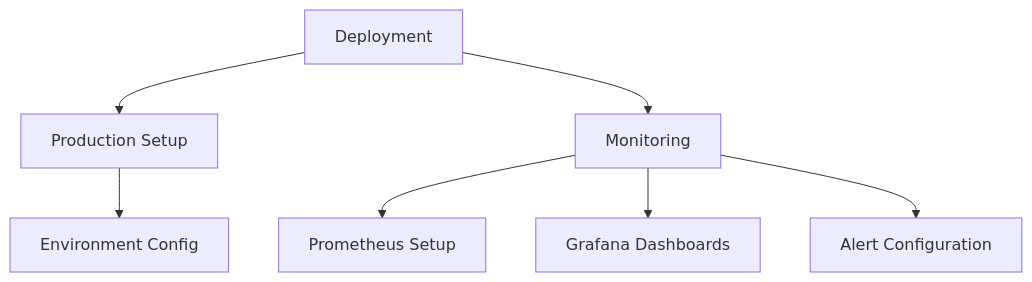
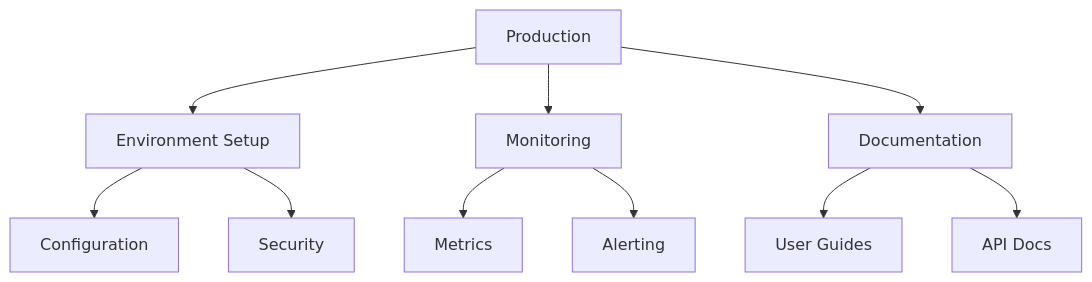
One commit to jihadajUAEU/bluemeshv2 changed the seventh of 7 diagrams in IMPLEMENTATION.md. Above: the diagram before and after it, drawn with Mermaid. The commit also changed other lines of this file and 1 other file, not shown here.

Commit message:
Enhance README.md with detailed Integration Layer architecture, security features, and Keycloak configuration instructions

````diff
--- a/IMPLEMENTATION.md
+++ b/IMPLEMENTATION.md
@@ -275,9 +275,15 @@
 ```mermaid
 graph TD
-    A[Deployment] --> B[Production Setup]
+    A[Production] --> B[Environment Setup]
     A --> C[Monitoring]
-    B --> D[Environment Config]
-    C --> E[Prometheus Setup]
-    C --> F[Grafana Dashboards]
-    C --> G[Alert Configuration]
+    A --> D[Documentation]
+    
+    B --> E[Configuration]
+    B --> F[Security]
+    
+    C --> G[Metrics]
+    C --> H[Alerting]
+    
+    D --> I[User Guides]
+    D --> J[API Docs]
 ```
````
